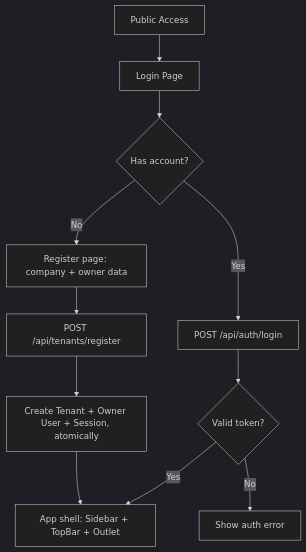
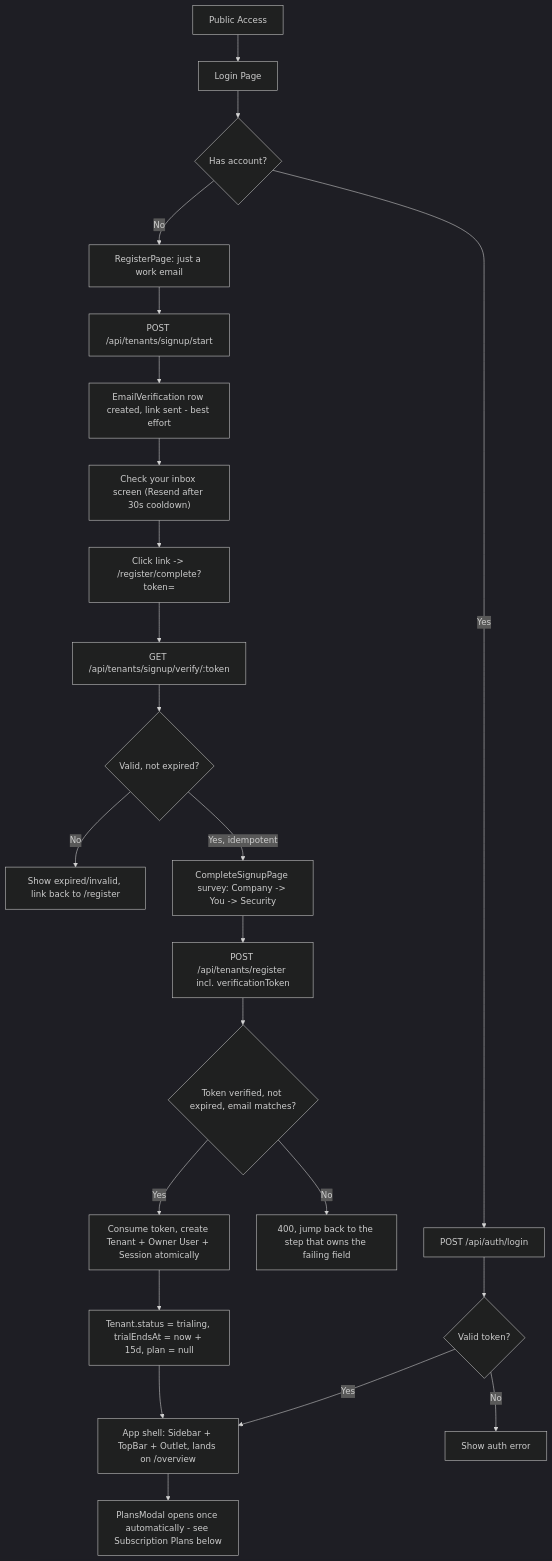
One commit to ABravo2025/northstack changed the first of 15 diagrams in docs/current-process-flow.md. Above: the diagram before and after it, drawn with Mermaid (dark theme). The commit also changed other lines of this file and 1 other file, not shown here.

First line of the commit message:
Docs: Tenant Signup + Subscription Plans specs and schema docs (round 2)

````diff
--- a/docs/current-process-flow.md
+++ b/docs/current-process-flow.md
@@ -35,14 +44,28 @@
 ```mermaid
 flowchart TD
   A[Public Access] --> B[Login Page]
   B --> C{Has account?}
   C -->|Yes| D[POST /api/auth/login]
-  C -->|No| E[Register page: company + owner data]
-  D --> F{Valid token?}
-  F -->|Yes| G[App shell: Sidebar + TopBar + Outlet]
-  F -->|No| H[Show auth error]
+  C -->|No| E[RegisterPage: just a work email]
 
-  E --> I[POST /api/tenants/register]
-  I --> J[Create Tenant + Owner User + Session, atomically]
-  J --> G
+  E --> F[POST /api/tenants/signup/start]
+  F --> G[EmailVerification row created, link sent - best effort]
+  G --> H["Check your inbox screen (Resend after 30s cooldown)"]
+  H --> I[Click link -> /register/complete?token=]
+  I --> J[GET /api/tenants/signup/verify/:token]
+  J --> K{Valid, not expired?}
+  K -->|No| L[Show expired/invalid, link back to /register]
+  K -->|Yes, idempotent| M[CompleteSignupPage survey: Company -> You -> Security]
+
+  M --> N[POST /api/tenants/register incl. verificationToken]
+  N --> O{Token verified, not expired, email matches?}
+  O -->|No| P[400, jump back to the step that owns the failing field]
+  O -->|Yes| Q[Consume token, create Tenant + Owner User + Session atomically]
+  Q --> R[Tenant.status = trialing, trialEndsAt = now + 15d, plan = null]
+  R --> S[App shell: Sidebar + TopBar + Outlet, lands on /overview]
+  S --> T[PlansModal opens once automatically - see Subscription Plans below]
+
+  D --> U{Valid token?}
+  U -->|Yes| S
+  U -->|No| V[Show auth error]
 ```
````
